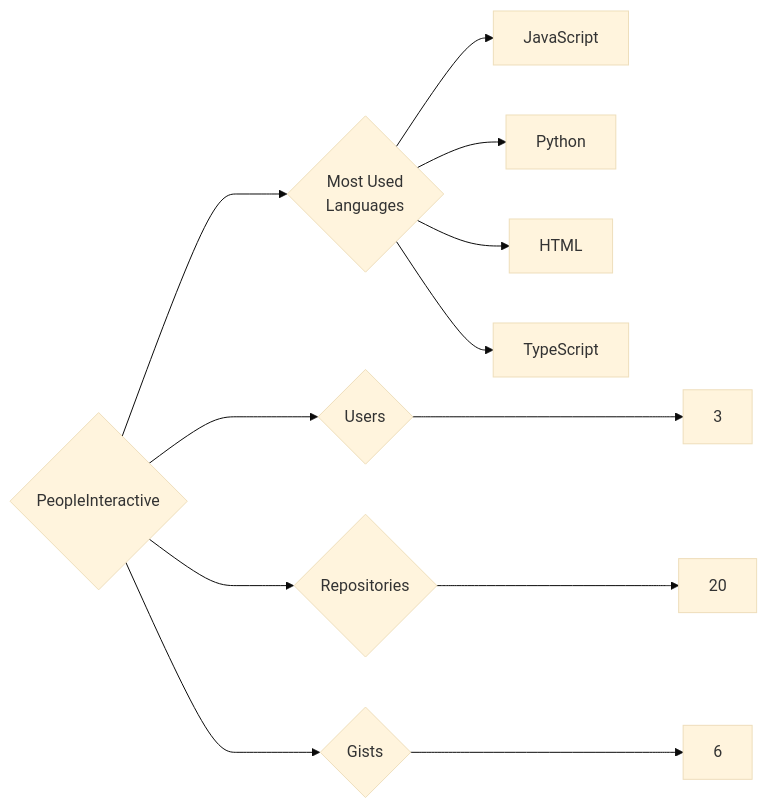
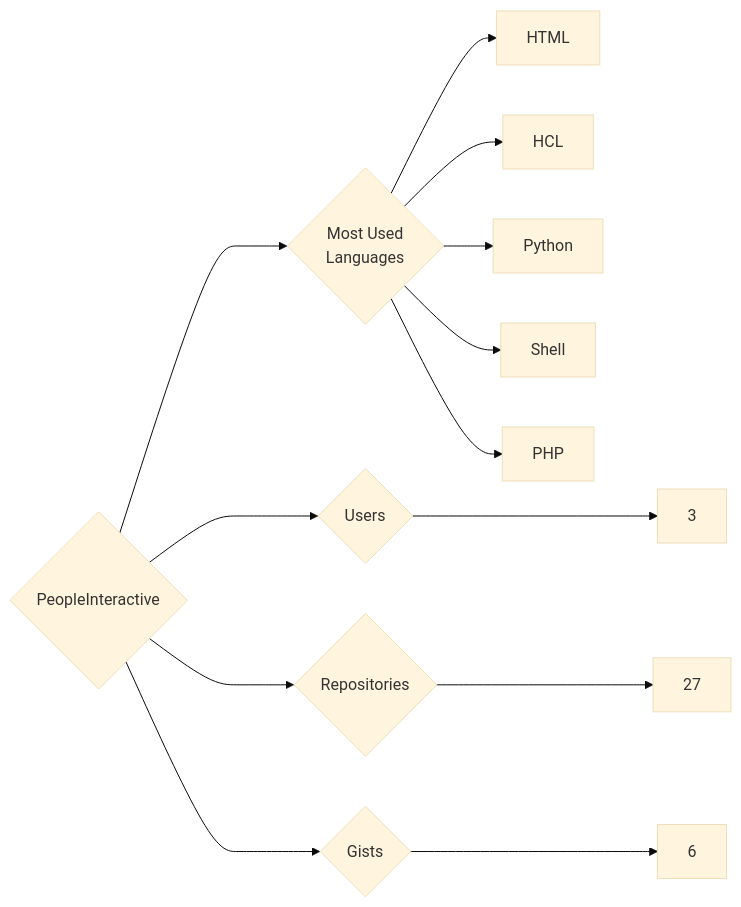
Before and after one commit to trickest/insiders: the diagram in targets/PeopleInteractive/README.md, drawn with Mermaid (base theme). The commit also changed 725 other files, not shown here.

````diff
--- a/targets/PeopleInteractive/README.md
+++ b/targets/PeopleInteractive/README.md
@@ -3,12 +3,13 @@
 ```mermaid
 graph LR
 COMPANY_NAME{PeopleInteractive}
 COMPANY_NAME ---> U{Users} ---> UN[3]
-COMPANY_NAME ---> R{Repositories} ---> RN[20]
+COMPANY_NAME ---> R{Repositories} ---> RN[27]
 COMPANY_NAME ---> G{Gists} ---> GN[6]
 COMPANY_NAME ---> ML{Most Used<br>Languages}
-ML --> JavaScript[JavaScript]
+ML --> HTML[HTML]
+ML --> HCL[HCL]
 ML --> Python[Python]
-ML --> HTML[HTML]
-ML --> TypeScript[TypeScript]
+ML --> Shell[Shell]
+ML --> PHP[PHP]
 ```
````
